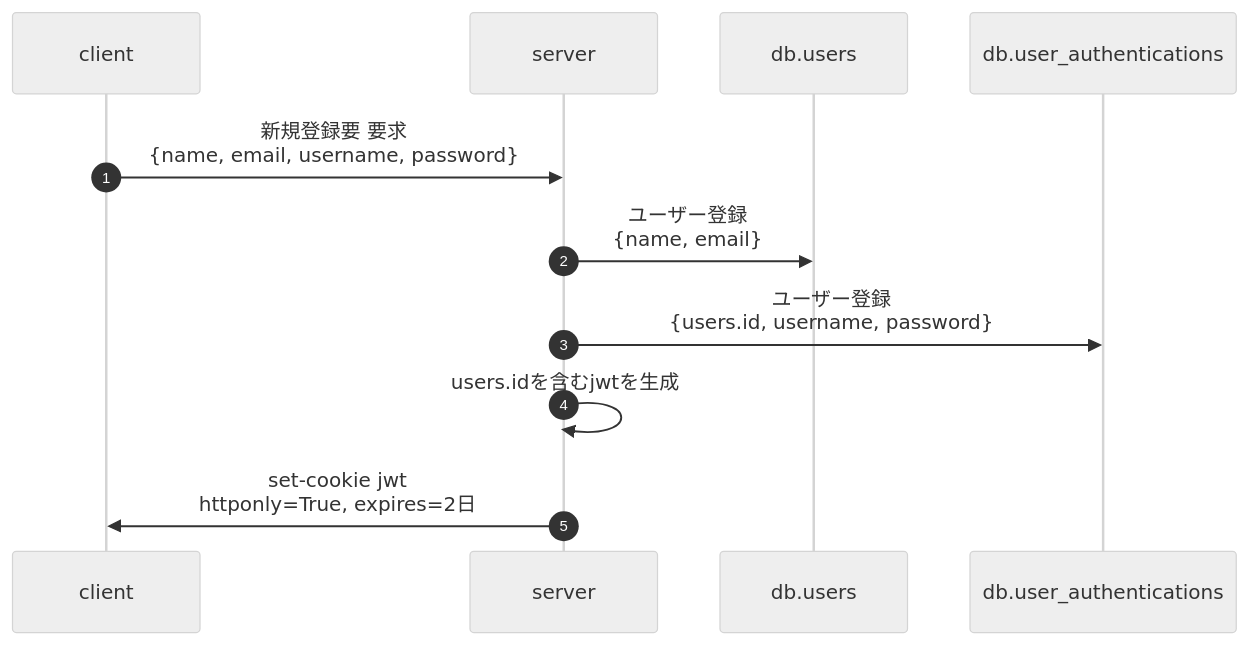
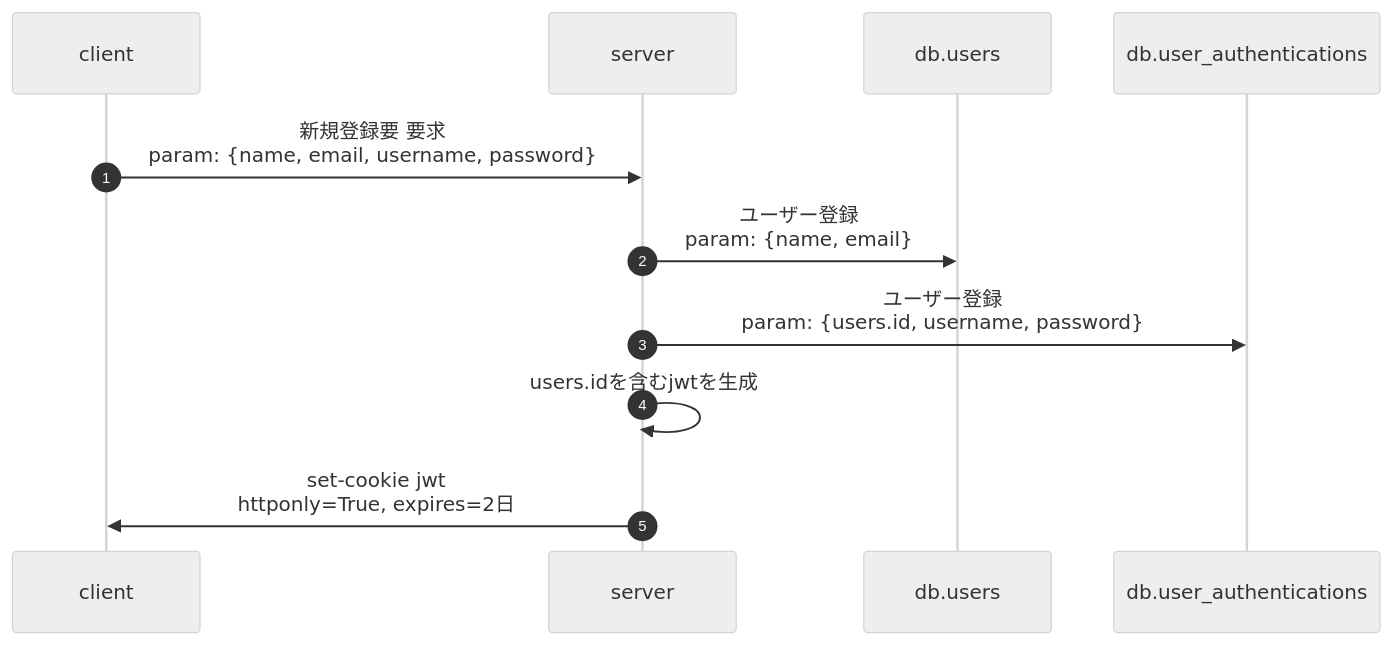
One commit to ritogk/zenn-contents changed the first of 5 diagrams in articles/e42264fd408e78.md. Above: the diagram before and after it, drawn with Mermaid (neutral theme). The commit also changed other lines of this file, not shown here.

````diff
--- a/articles/e42264fd408e78.md
+++ b/articles/e42264fd408e78.md
@@ -44,9 +51,9 @@
 ```mermaid
 sequenceDiagram
 	autonumber
-	client->>server: 新規登録要 要求<br>{name, email, username, password}
-    server->>db.users: ユーザー登録<br>{name, email}
-    server->>db.user_authentications: ユーザー登録<br>{users.id, username, password}
+	client->>server: 新規登録要 要求<br>param: {name, email, username, password}
+    server->>db.users: ユーザー登録<br>param: {name, email}
+    server->>db.user_authentications: ユーザー登録<br>param: {users.id, username, password}
     server->>server: users.idを含むjwtを生成
     server->>client: set-cookie jwt<br>httponly=True, expires=2日
 ```
````
